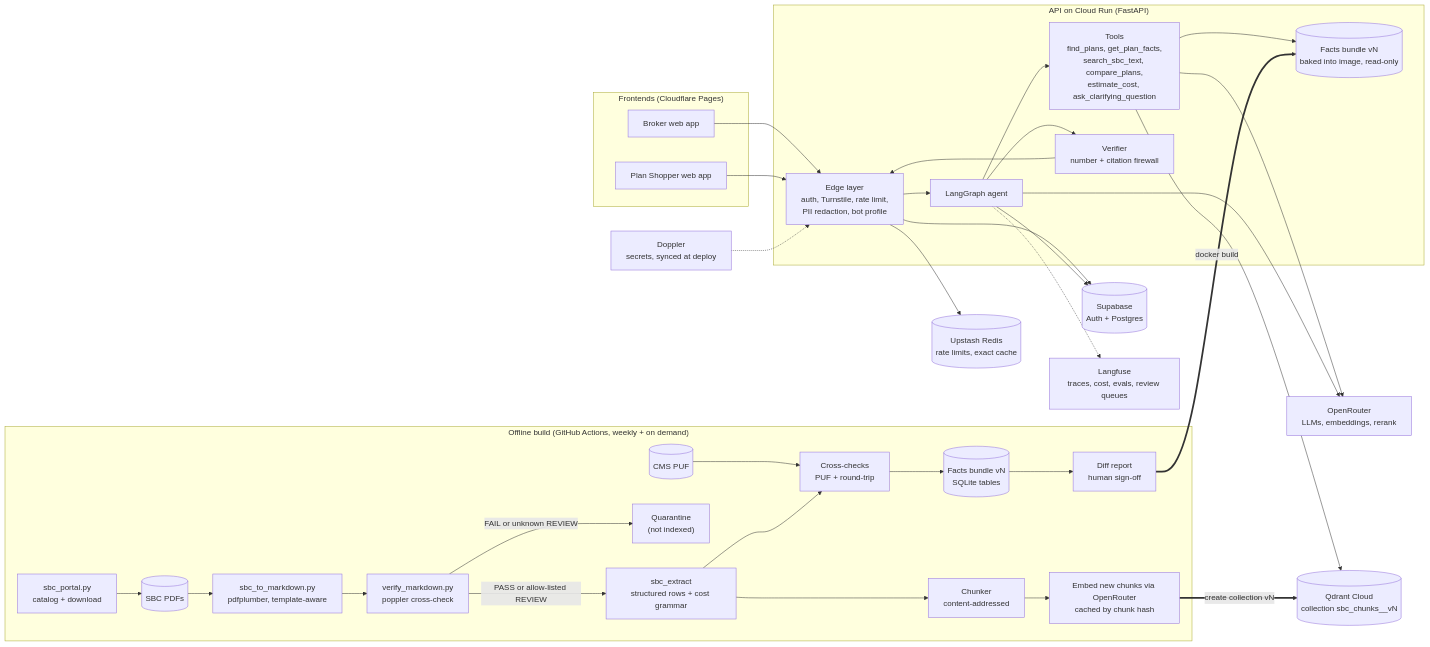
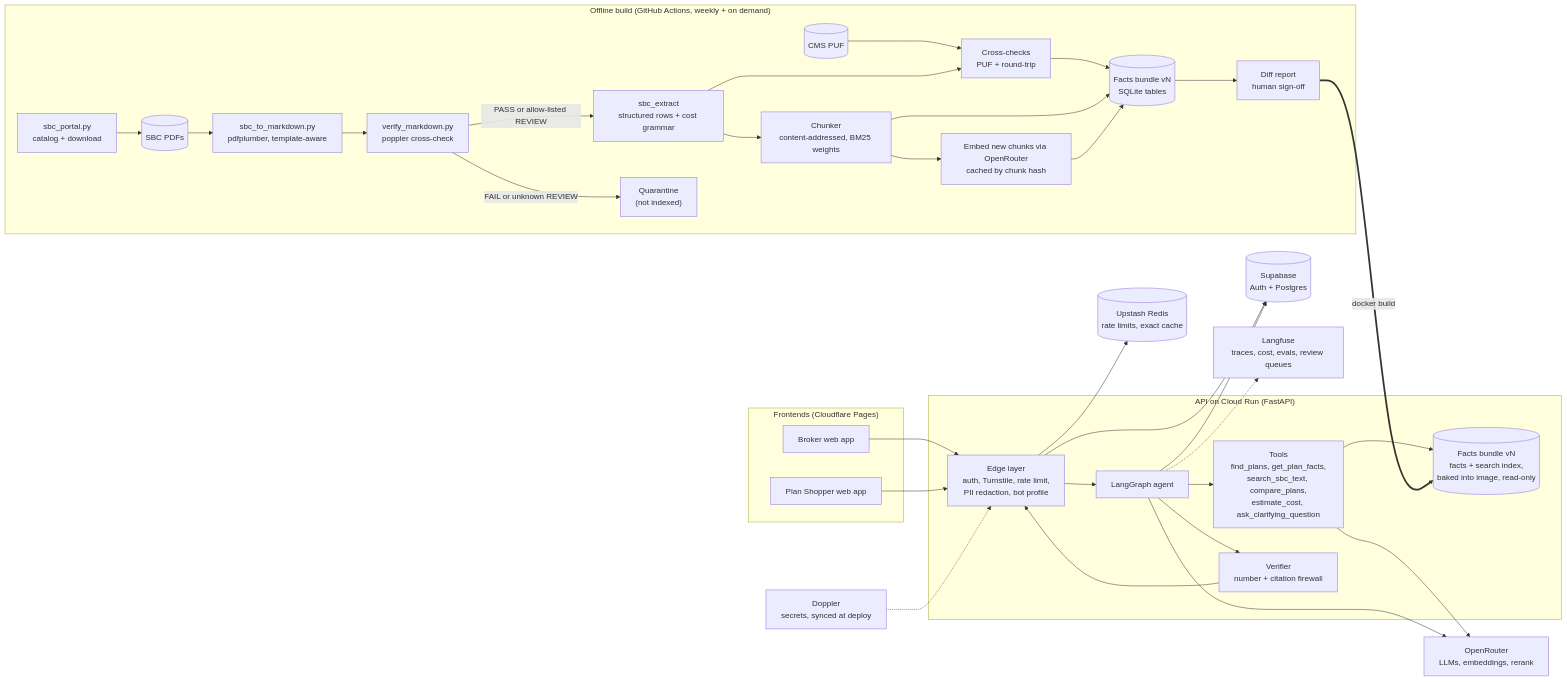
Before and after one commit to syamsruthin/sbc-agentic-rag: the first of 2 diagrams in PLAN.md, drawn with Mermaid. The commit also changed other lines of this file and 5 other files, not shown here.

First line of the commit message:
docs: record the move of the search index into the facts bundle

````diff
--- a/PLAN.md
+++ b/PLAN.md
@@ -183,54 +184,53 @@
 ```mermaid
 flowchart LR
   subgraph OFF["Offline build (GitHub Actions, weekly + on demand)"]
     PORTAL["sbc_portal.py<br/>catalog + download"] --> PDF[("SBC PDFs")]
     PDF --> CONV["sbc_to_markdown.py<br/>pdfplumber, template-aware"]
     CONV --> VER["verify_markdown.py<br/>poppler cross-check"]
     VER -->|"PASS or allow-listed REVIEW"| EXT["sbc_extract<br/>structured rows + cost grammar"]
     VER -->|"FAIL or unknown REVIEW"| Q["Quarantine<br/>(not indexed)"]
     PUFD[("CMS PUF")] --> XC["Cross-checks<br/>PUF + round-trip"]
     EXT --> XC
     XC --> FACTS[("Facts bundle vN<br/>SQLite tables")]
     FACTS --> DIFF["Diff report<br/>human sign-off"]
-    EXT --> CHK["Chunker<br/>content-addressed"]
+    EXT --> CHK["Chunker<br/>content-addressed, BM25 weights"]
     CHK --> EMB["Embed new chunks via OpenRouter<br/>cached by chunk hash"]
+    CHK --> FACTS
+    EMB --> FACTS
   end
 
   subgraph CLIENTS["Frontends (Cloudflare Pages)"]
     WB["Broker web app"]
     WP["Plan Shopper web app"]
   end
 
   subgraph RUN["API on Cloud Run (FastAPI)"]
     EDGE["Edge layer<br/>auth, Turnstile, rate limit,<br/>PII redaction, bot profile"]
     AGENT["LangGraph agent"]
     TOOLS["Tools<br/>find_plans, get_plan_facts,<br/>search_sbc_text, compare_plans,<br/>estimate_cost, ask_clarifying_question"]
     VERIFY["Verifier<br/>number + citation firewall"]
-    IDX[("Facts bundle vN<br/>baked into image, read-only")]
+    IDX[("Facts bundle vN<br/>facts + search index,<br/>baked into image, read-only")]
   end
 
   OR["OpenRouter<br/>LLMs, embeddings, rerank"]
-  QD[("Qdrant Cloud<br/>collection sbc_chunks__vN")]
   SB[("Supabase<br/>Auth + Postgres")]
   UP[("Upstash Redis<br/>rate limits, exact cache")]
   LF["Langfuse<br/>traces, cost, evals, review queues"]
   DP["Doppler<br/>secrets, synced at deploy"]
 
   WB --> EDGE
   WP --> EDGE
   EDGE --> AGENT
   AGENT --> TOOLS
   TOOLS --> IDX
-  TOOLS --> QD
   TOOLS --> OR
   AGENT --> OR
   AGENT --> VERIFY
   VERIFY --> EDGE
   EDGE --> UP
   EDGE --> SB
   AGENT --> SB
   AGENT -.-> LF
   DIFF ==>|"docker build"| IDX
-  EMB ==>|"create collection vN"| QD
   DP -.-> EDGE
 ```
````
